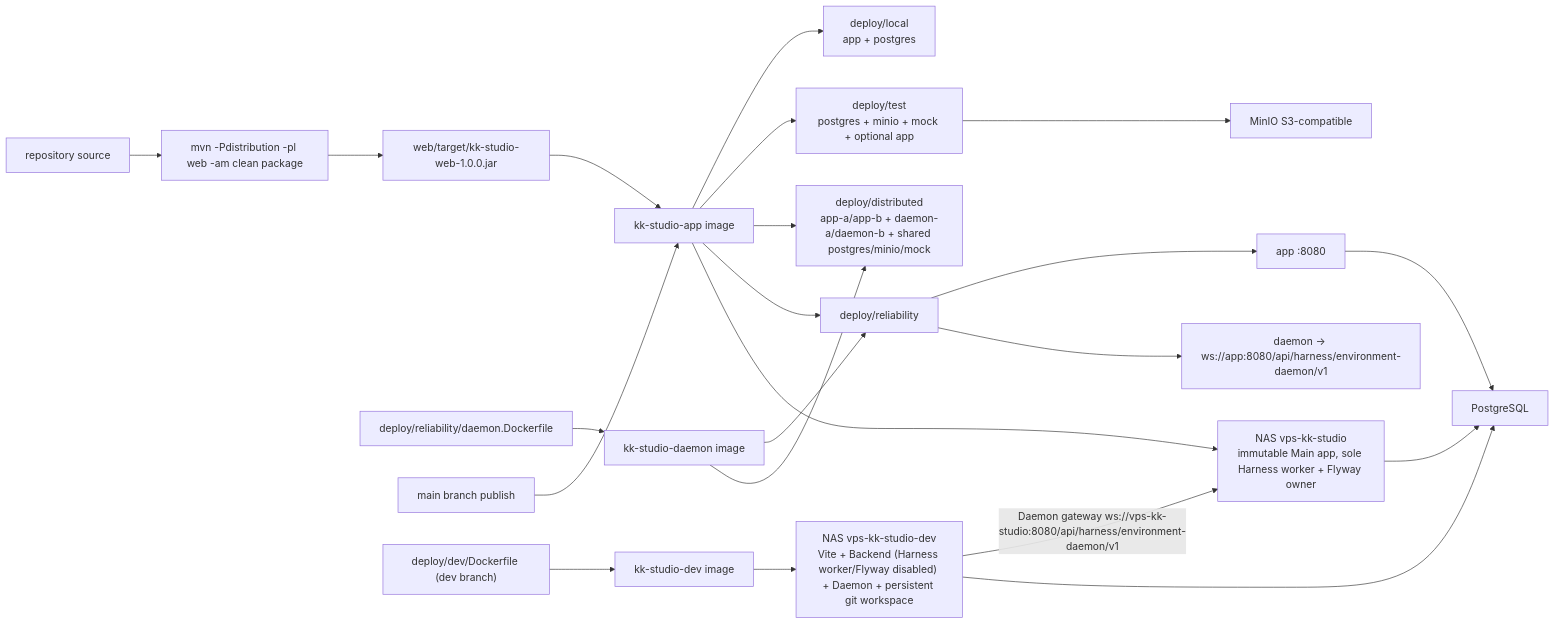
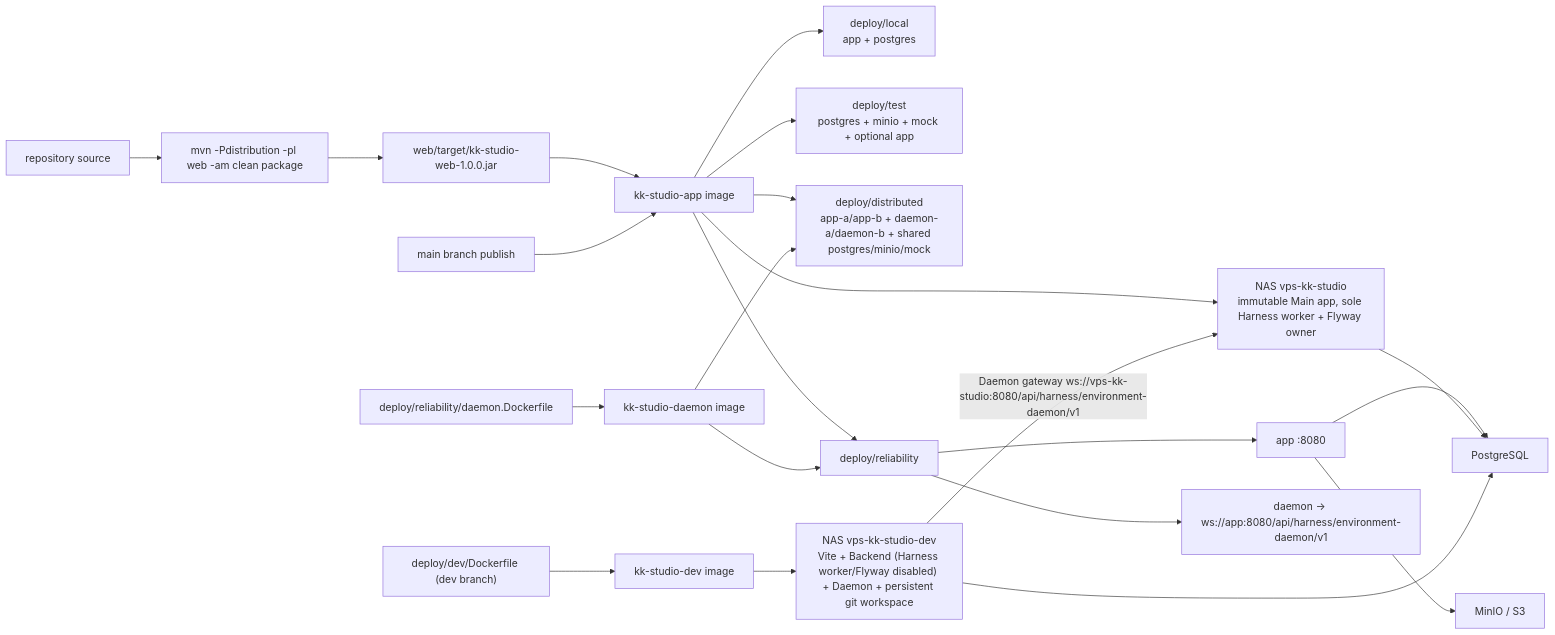
The diagram in docs/operations/deployment.md (fengwk/kk-studio), drawn with Mermaid before and after one commit. The commit also changed other lines of this file and 90 other files, not shown here.

````diff
--- a/docs/operations/deployment.md
+++ b/docs/operations/deployment.md
@@ -32,24 +32,24 @@
 ```mermaid
 flowchart LR
   Source["repository source"] --> Maven["mvn -Pdistribution -pl web -am clean package"]
   Maven --> Jar["web/target/kk-studio-web-1.0.0.jar"]
   Jar --> AppImage["kk-studio-app image"]
   AppImage --> Local["deploy/local<br/>app + postgres"]
   AppImage --> Test["deploy/test<br/>postgres + minio + mock + optional app"]
   AppImage --> Distributed["deploy/distributed<br/>app-a/app-b + daemon-a/daemon-b + shared postgres/minio/mock"]
   DaemonBuild["deploy/reliability/daemon.Dockerfile"] --> DaemonImage["kk-studio-daemon image"]
   AppImage --> Reliability["deploy/reliability"]
   DaemonImage --> Reliability
   DaemonImage --> Distributed
   Publish["main branch publish"] --> AppImage
   DevBuild["deploy/dev/Dockerfile (dev branch)"] --> DevImage["kk-studio-dev image"]
   DevImage --> DevNode["NAS vps-kk-studio-dev<br/>Vite + Backend (Harness worker/Flyway disabled) + Daemon + persistent git workspace"]
   AppImage --> MainNode["NAS vps-kk-studio<br/>immutable Main app, sole Harness worker + Flyway owner"]
   DevNode -- "Daemon gateway ws://vps-kk-studio:8080/api/harness/environment-daemon/v1" --> MainNode
   Reliability --> App["app :8080"]
   Reliability --> Daemon["daemon -> ws://app:8080/api/harness/environment-daemon/v1"]
   App --> PG["PostgreSQL"]
-  Test --> S3["MinIO S3-compatible"]
+  App --> S3["MinIO / S3"]
   MainNode --> PG
   DevNode --> PG
 ```
````
